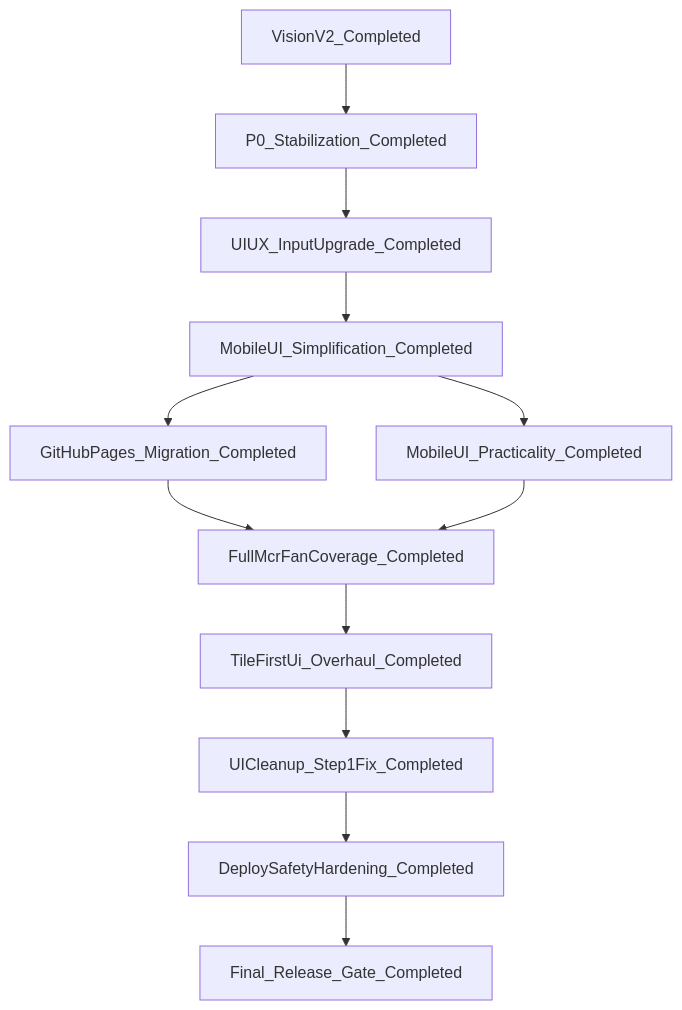
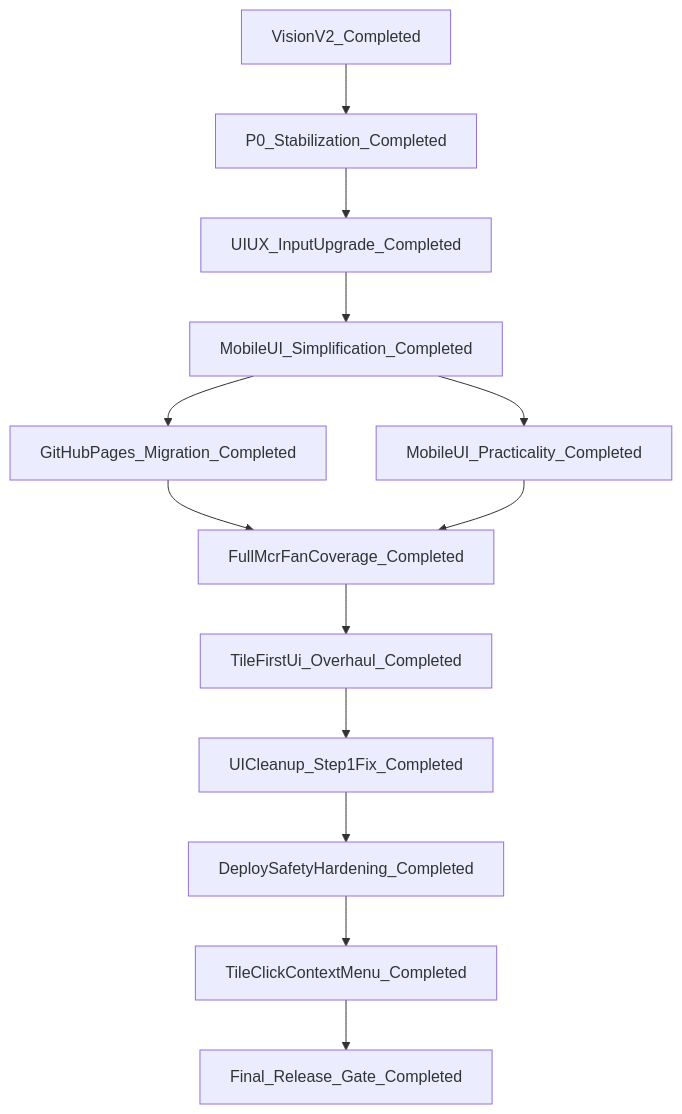
The diagram in .cursor/plans/hlm-master-plan.plan.md (fingerfly/hlm), drawn with Mermaid before and after one commit. The commit also changed other lines of this file and 21 other files, not shown here.

````diff
--- a/.cursor/plans/hlm-master-plan.plan.md
+++ b/.cursor/plans/hlm-master-plan.plan.md
@@ -152,14 +161,15 @@
 ```mermaid
 flowchart TD
   visionV2[VisionV2_Completed] --> p0[P0_Stabilization_Completed]
   p0 --> uiux[UIUX_InputUpgrade_Completed]
   uiux --> mobileUi[MobileUI_Simplification_Completed]
   mobileUi --> pagesTrack[GitHubPages_Migration_Completed]
   mobileUi --> practicalityTrack[MobileUI_Practicality_Completed]
   pagesTrack --> mcrTrack[FullMcrFanCoverage_Completed]
   practicalityTrack --> mcrTrack
   mcrTrack --> tileFirstUi[TileFirstUi_Overhaul_Completed]
   tileFirstUi --> uiCleanup[UICleanup_Step1Fix_Completed]
   uiCleanup --> deployHardening[DeploySafetyHardening_Completed]
-  deployHardening --> releaseGate[Final_Release_Gate_Completed]
+  deployHardening --> tileClickMenu[TileClickContextMenu_Completed]
+  tileClickMenu --> releaseGate[Final_Release_Gate_Completed]
 ```
````
